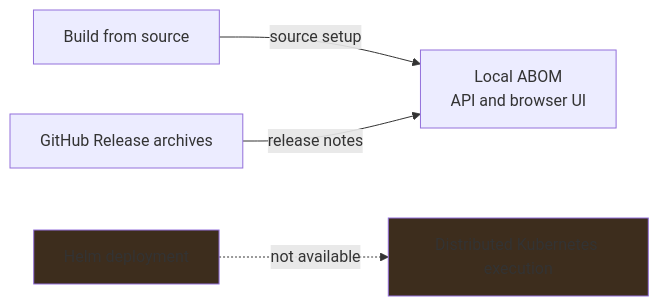
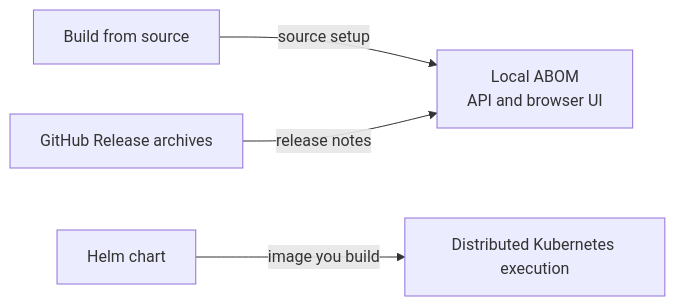
The diagram in docs/deployment/index.md (advanced-security/codeql-abom), drawn with Mermaid before and after one commit. The commit also changed other lines of this file and 293 other files, not shown here.

````diff
--- a/docs/deployment/index.md
+++ b/docs/deployment/index.md
@@ -7,8 +9,6 @@
 ```mermaid
 flowchart LR
     SOURCE["Build from source"] -->|"source setup"| LOCAL["Local ABOM<br/>API and browser UI"]
     RELEASE["GitHub Release archives"] -->|"release notes"| LOCAL
-    HELM["Helm deployment"] -. "not available" .-> CLUSTER["Distributed Kubernetes execution"]
-    style HELM fill:#3d2d1d
-    style CLUSTER fill:#3d2d1d
+    HELM["Helm chart"] -->|"image you build"| CLUSTER["Distributed Kubernetes execution"]
 ```
````
